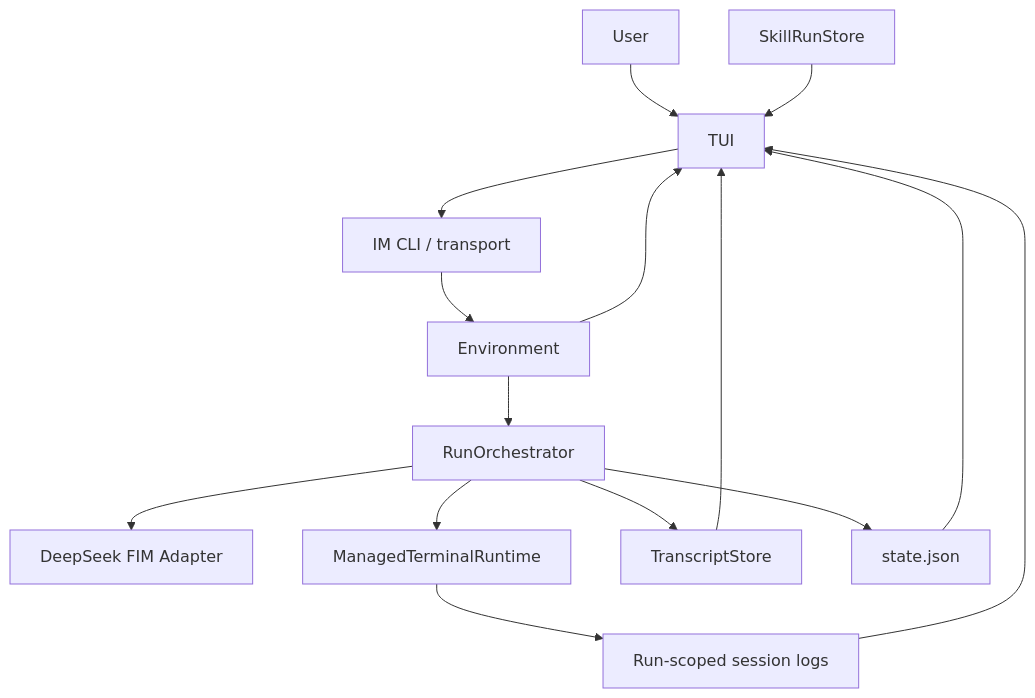
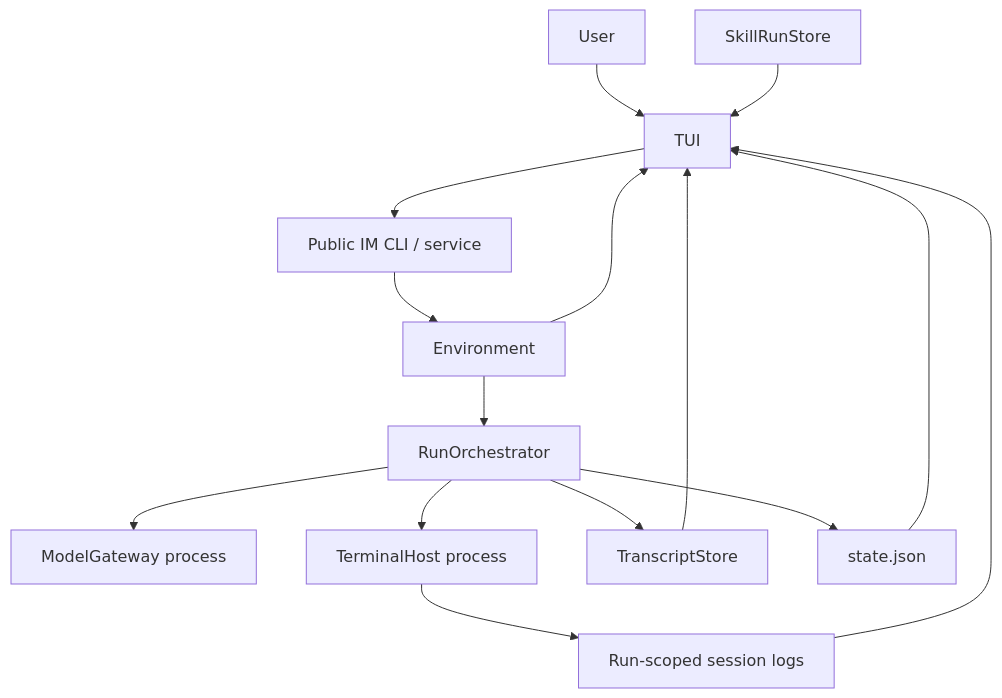
Before and after one commit to chriswangcq/tiny-agent-harness: the diagram in docs/tui.md, drawn with Mermaid. The commit also changed other lines of this file and 141 other files, not shown here.

Commit message:
Implement public IM runtime migration

````diff
--- a/docs/tui.md
+++ b/docs/tui.md
@@ -148,17 +147,17 @@
 ```mermaid
 flowchart TD
   User["User"] --> TUI["TUI"]
-  TUI --> IM["IM CLI / transport"]
+  TUI --> IM["Public IM CLI / service"]
   IM --> ENV["Environment"]
   ENV --> ORCH["RunOrchestrator"]
-  ORCH --> MODEL["DeepSeek FIM Adapter"]
-  ORCH --> BASH["ManagedTerminalRuntime"]
+  ORCH --> MODEL["ModelGateway process"]
+  ORCH --> BASH["TerminalHost process"]
   ORCH --> TR["TranscriptStore"]
   BASH --> SLOG["Run-scoped session logs"]
   ORCH --> STATE["state.json"]
   TR --> TUI
   STATE --> TUI
   SLOG --> TUI
   ENV --> TUI
   SKILL["SkillRunStore"] --> TUI
 ```
````
